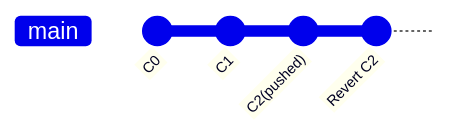
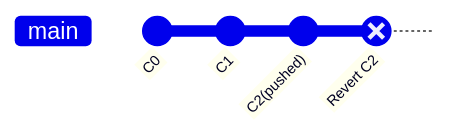
Before and after one commit to heng1025/git-slides: the seventh of 11 diagrams in slides.md, drawn with Mermaid. The commit also changed other lines of this file and 1 other file, not shown here.

````diff
--- a/slides.md
+++ b/slides.md
@@ -199,8 +205,8 @@
 ```mermaid
 gitGraph
   commit id: "C0"
   commit id: "C1"
   checkout main
   commit id: "C2(pushed)"
-  commit id: "Revert C2"
+  commit id: "Revert C2" type: REVERSE
 ```
````
